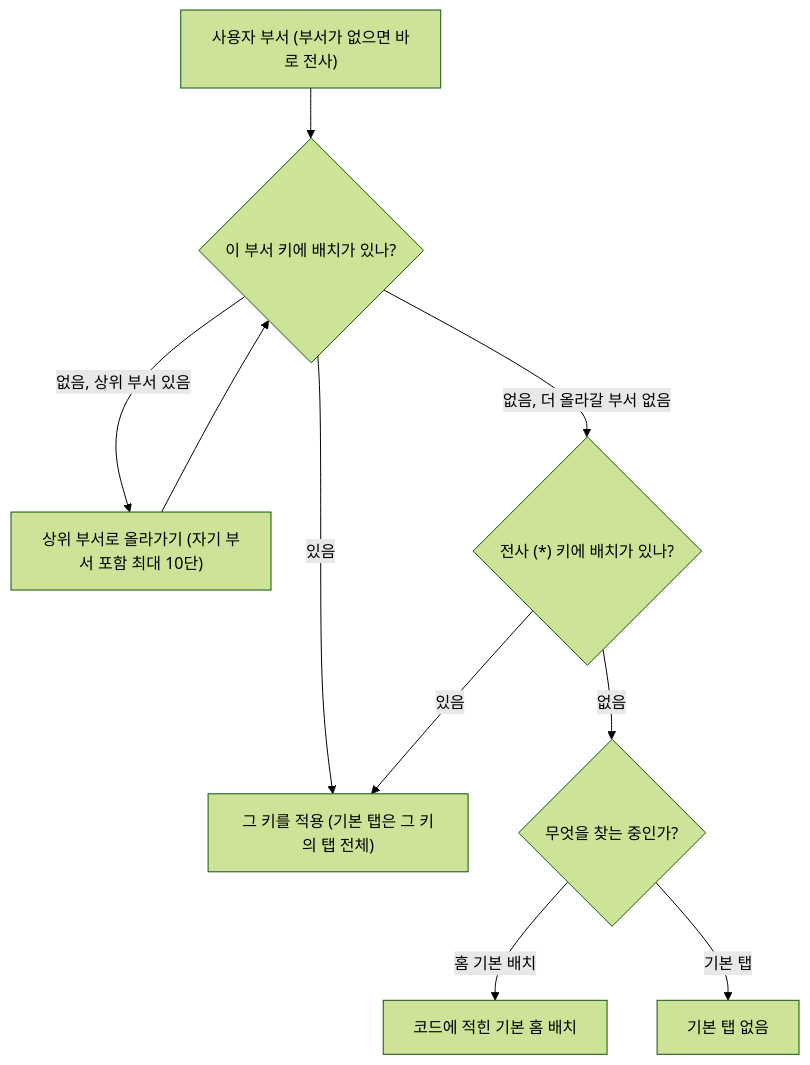
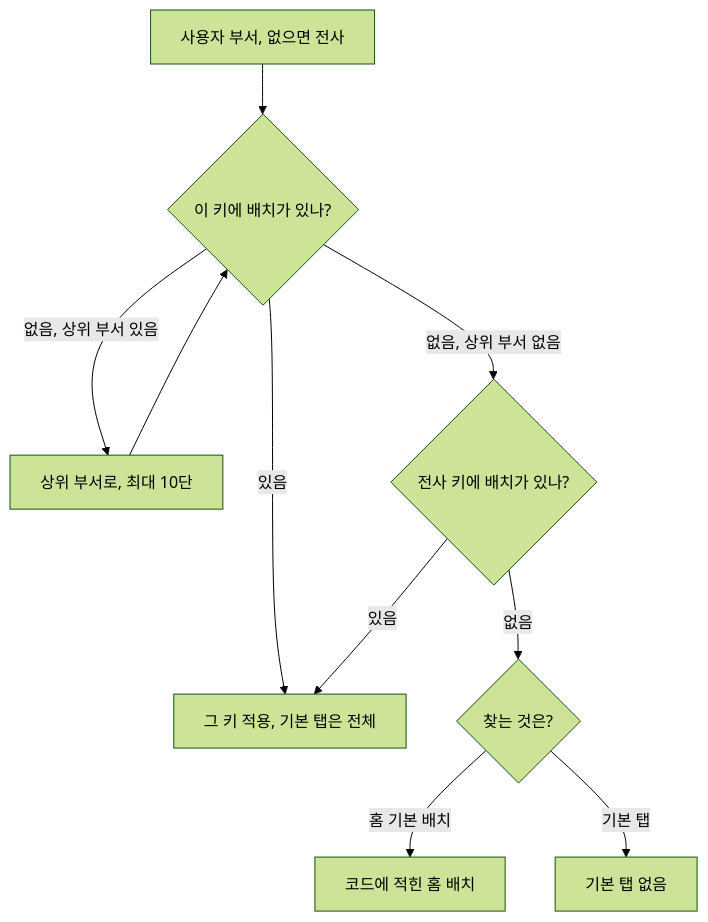
One commit to jongik-sv/dmes-standard changed the sixth of 7 diagrams in docs/guide/FrontEnd/Widget-Authoring-Guide.md. Above: the diagram before and after it, drawn with Mermaid (forest theme). The commit also changed other lines of this file and 1 other file, not shown here.

````diff
--- a/docs/guide/FrontEnd/Widget-Authoring-Guide.md
+++ b/docs/guide/FrontEnd/Widget-Authoring-Guide.md
@@ -716,12 +539,12 @@
 ```mermaid
 flowchart TB
-  U["사용자 부서 (부서가 없으면 바로 전사)"] --> K{"이 부서 키에 배치가 있나?"}
-  K -->|"있음"| A["그 키를 적용 (기본 탭은 그 키의 탭 전체)"]
-  K -->|"없음, 상위 부서 있음"| UP["상위 부서로 올라가기 (자기 부서 포함 최대 10단)"]
+  U["사용자 부서, 없으면 전사"] --> K{"이 키에 배치가 있나?"}
+  K -->|"있음"| A["그 키 적용, 기본 탭은 전체"]
+  K -->|"없음, 상위 부서 있음"| UP["상위 부서로, 최대 10단"]
   UP --> K
-  K -->|"없음, 더 올라갈 부서 없음"| C{"전사 (*) 키에 배치가 있나?"}
+  K -->|"없음, 상위 부서 없음"| C{"전사 키에 배치가 있나?"}
   C -->|"있음"| A
-  C -->|"없음"| F{"무엇을 찾는 중인가?"}
-  F -->|"홈 기본 배치"| CODE["코드에 적힌 기본 홈 배치"]
+  C -->|"없음"| F{"찾는 것은?"}
+  F -->|"홈 기본 배치"| CODE["코드에 적힌 홈 배치"]
   F -->|"기본 탭"| NONE["기본 탭 없음"]
 ```
````
